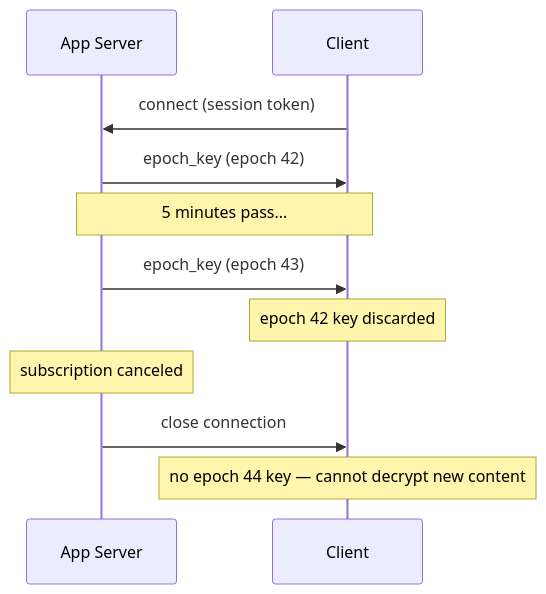
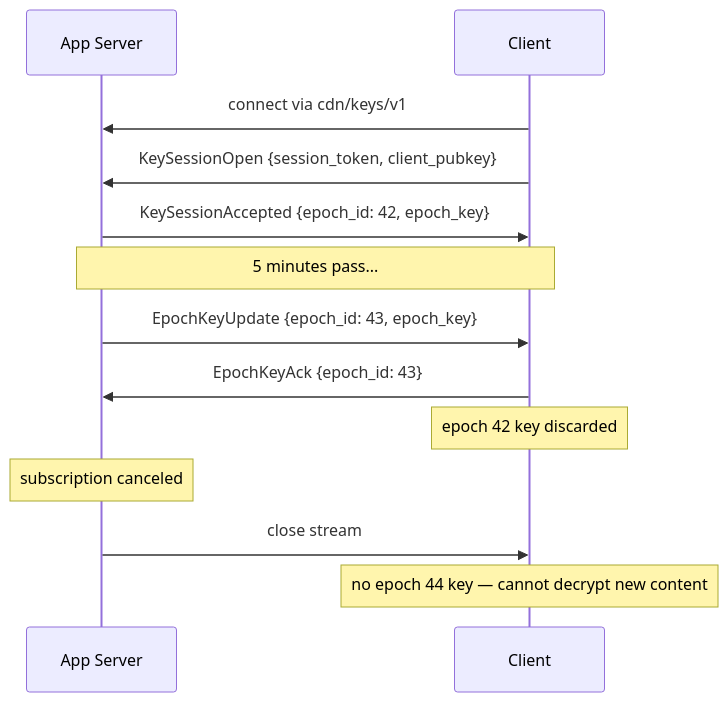
The first of 4 diagrams in adr/006-e2e-encryption.md (decdn/decdn), drawn with Mermaid before and after one commit. The commit also changed other lines of this file and 3 other files, not shown here.

First line of the commit message:
docs: replace WebSocket/SSE epoch key delivery with cdn/keys/v1 over iroh QUIC, closes #26

````diff
--- a/adr/006-e2e-encryption.md
+++ b/adr/006-e2e-encryption.md
@@ -60,18 +62,20 @@
 ```mermaid
 sequenceDiagram
     participant A as App Server
     participant C as Client
 
-    C->>A: connect (session token)
-    A->>C: epoch_key (epoch 42)
+    C->>A: connect via cdn/keys/v1
+    C->>A: KeySessionOpen {session_token, client_pubkey}
+    A->>C: KeySessionAccepted {epoch_id: 42, epoch_key}
 
     Note over A,C: 5 minutes pass...
 
-    A->>C: epoch_key (epoch 43)
+    A->>C: EpochKeyUpdate {epoch_id: 43, epoch_key}
+    C->>A: EpochKeyAck {epoch_id: 43}
     Note over C: epoch 42 key discarded
 
     Note over A: subscription canceled
 
-    A->>C: close connection
+    A->>C: close stream
     Note over C: no epoch 44 key — cannot decrypt new content
 ```
````
